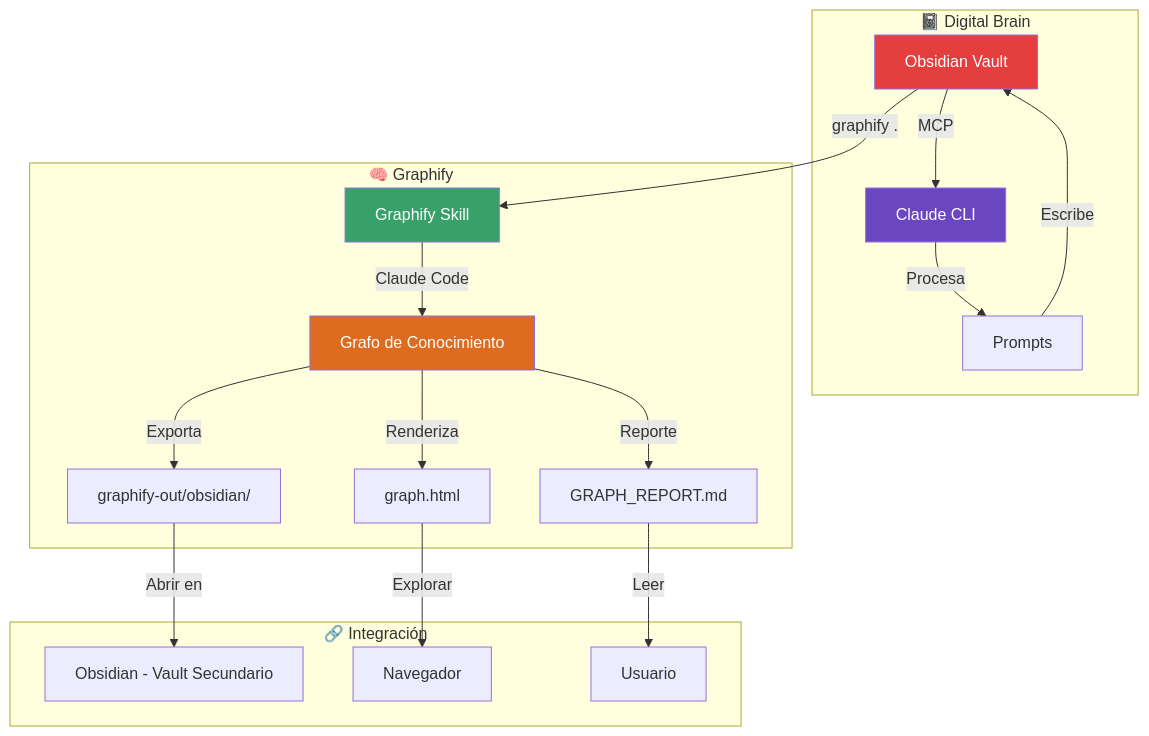
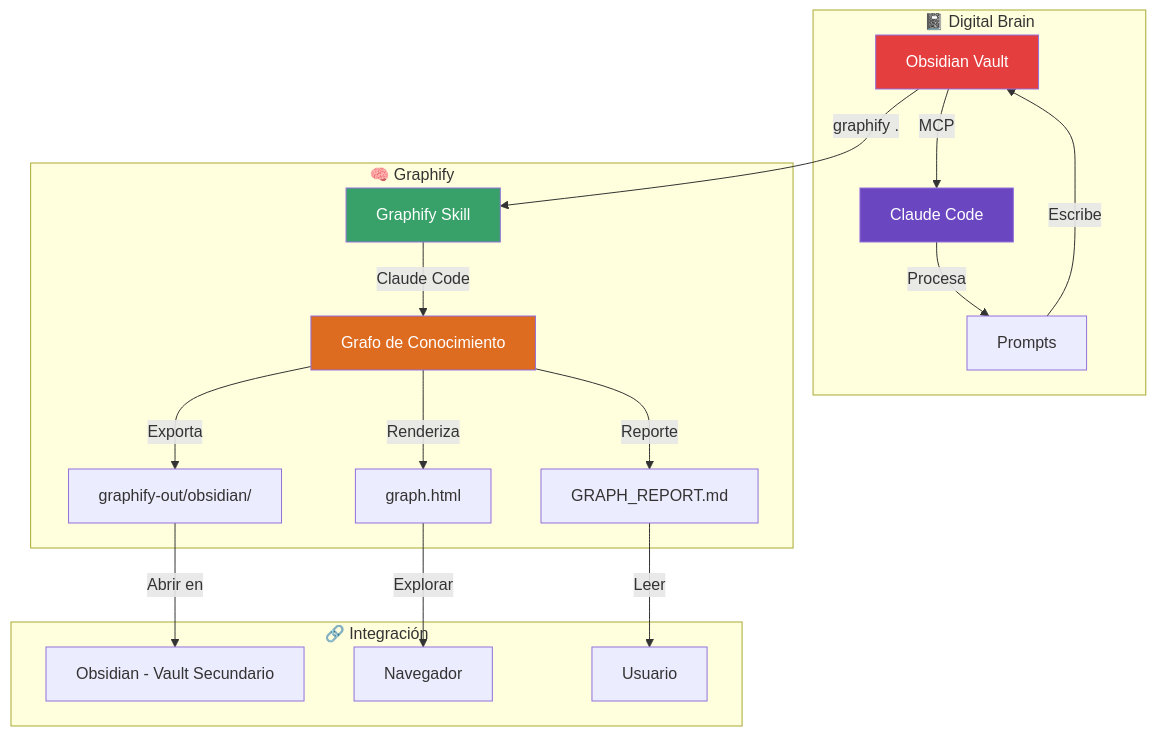
One commit to MrJuanLcm/digital-brain-documentation changed the second of 2 diagrams in docs/08-graphify-integracion.md. Above: the diagram before and after it, drawn with Mermaid. The commit also changed other lines of this file and 11 other files, not shown here.

Commit message:
feat: rename Claude CLI to Claude Code across docs

````diff
--- a/docs/08-graphify-integracion.md
+++ b/docs/08-graphify-integracion.md
@@ -217,27 +217,27 @@
 ```mermaid
 graph TB
     subgraph "📓 Digital Brain"
-        O[Obsidian Vault] -->|MCP| CC[Claude CLI]
+        O[Obsidian Vault] -->|MCP| CC[Claude Code]
         CC -->|Procesa| P[Prompts]
         P -->|Escribe| O
     end
 
     subgraph "🧠 Graphify"
         O -->|graphify .| G[Graphify Skill]
         G -->|Claude Code| KG[Grafo de Conocimiento]
         KG -->|Exporta| OBS[graphify-out/obsidian/]
         KG -->|Renderiza| HTML[graph.html]
         KG -->|Reporte| RPT[GRAPH_REPORT.md]
     end
 
     subgraph "🔗 Integración"
         OBS -->|Abrir en| O2[Obsidian - Vault Secundario]
         HTML -->|Explorar| NAV[Navegador]
         RPT -->|Leer| USR[Usuario]
     end
 
     style O fill:#E53E3E,color:#fff
     style CC fill:#6B46C1,color:#fff
     style G fill:#38A169,color:#fff
     style KG fill:#DD6B20,color:#fff
 ```
````
